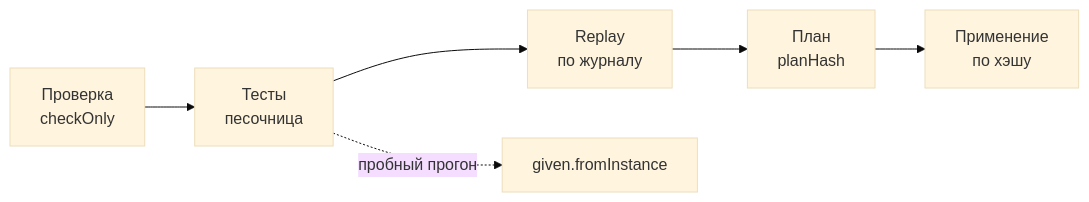
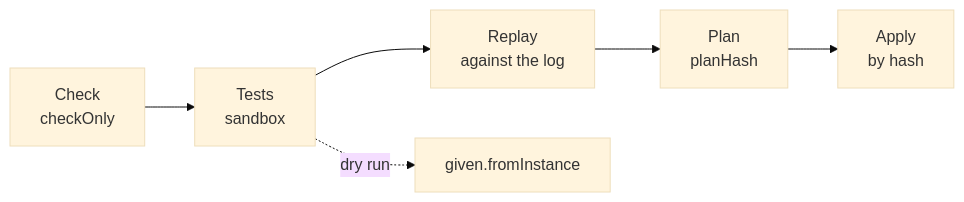
One commit to monthu56/taimen changed the diagram in guide/docs/processes/package-tests.md. Above: the diagram before and after it, drawn with Mermaid (base theme). The commit also changed other lines of this file and 183 other files, not shown here.

````diff
--- a/guide/docs/processes/package-tests.md
+++ b/guide/docs/processes/package-tests.md
@@ -10,5 +11,5 @@
 ```mermaid
 flowchart LR
-    C[Проверка<br/>checkOnly] --> T[Тесты<br/>песочница] --> R[Replay<br/>по журналу] --> P[План<br/>planHash] --> A[Применение<br/>по хэшу]
-    T -.->|пробный прогон| F[given.fromInstance]
+    C[Check<br/>checkOnly] --> T[Tests<br/>sandbox] --> R[Replay<br/>against the log] --> P[Plan<br/>planHash] --> A[Apply<br/>by hash]
+    T -.->|dry run| F[given.fromInstance]
 ```
````
